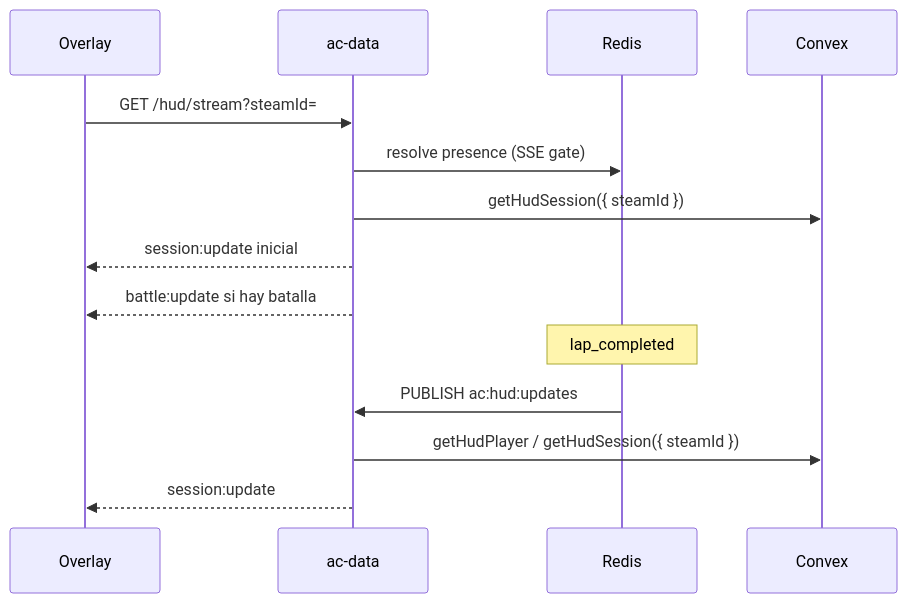
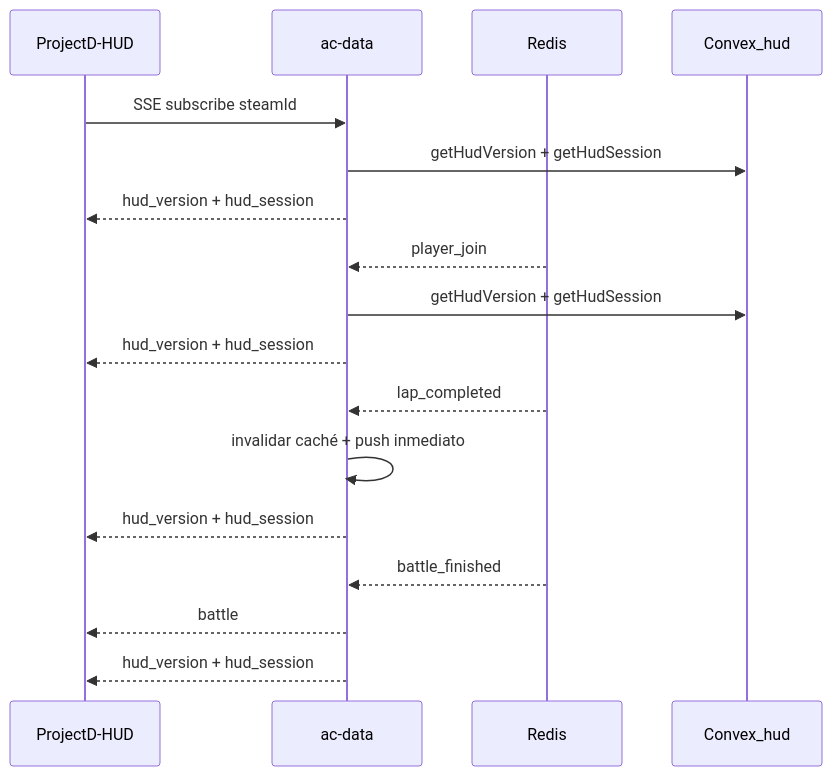
Before and after one commit to Porx312/docker-infrasture-assetto-corsa: the diagram in docs/HUD_TIME_ATTACK_INTEGRATION.md, drawn with Mermaid. The commit also changed other lines of this file and 102 other files, not shown here.

````diff
--- a/docs/HUD_TIME_ATTACK_INTEGRATION.md
+++ b/docs/HUD_TIME_ATTACK_INTEGRATION.md
@@ -20,18 +21,20 @@
 ```mermaid
 sequenceDiagram
-  participant Overlay
+  participant Lua as ProjectD-HUD
   participant AcData as ac-data
-  participant Redis
-  participant Convex
+  participant Redis as Redis
+  participant Convex as Convex_hud
 
-  Overlay->>AcData: GET /hud/stream?steamId=
-  AcData->>Redis: resolve presence (SSE gate)
-  AcData->>Convex: getHudSession({ steamId })
-  AcData-->>Overlay: session:update inicial
-  AcData-->>Overlay: battle:update si hay batalla
-
-  Note over Redis: lap_completed
-  Redis->>AcData: PUBLISH ac:hud:updates
-  AcData->>Convex: getHudPlayer / getHudSession({ steamId })
-  AcData-->>Overlay: session:update
+  Lua->>AcData: SSE subscribe steamId
+  AcData->>Convex: getHudVersion + getHudSession
+  AcData-->>Lua: hud_version + hud_session
+  Redis-->>AcData: player_join
+  AcData->>Convex: getHudVersion + getHudSession
+  AcData-->>Lua: hud_version + hud_session
+  Redis-->>AcData: lap_completed
+  AcData->>AcData: invalidar caché + push inmediato
+  AcData-->>Lua: hud_version + hud_session
+  Redis-->>AcData: battle_finished
+  AcData-->>Lua: battle
+  AcData-->>Lua: hud_version + hud_session
 ```
````
